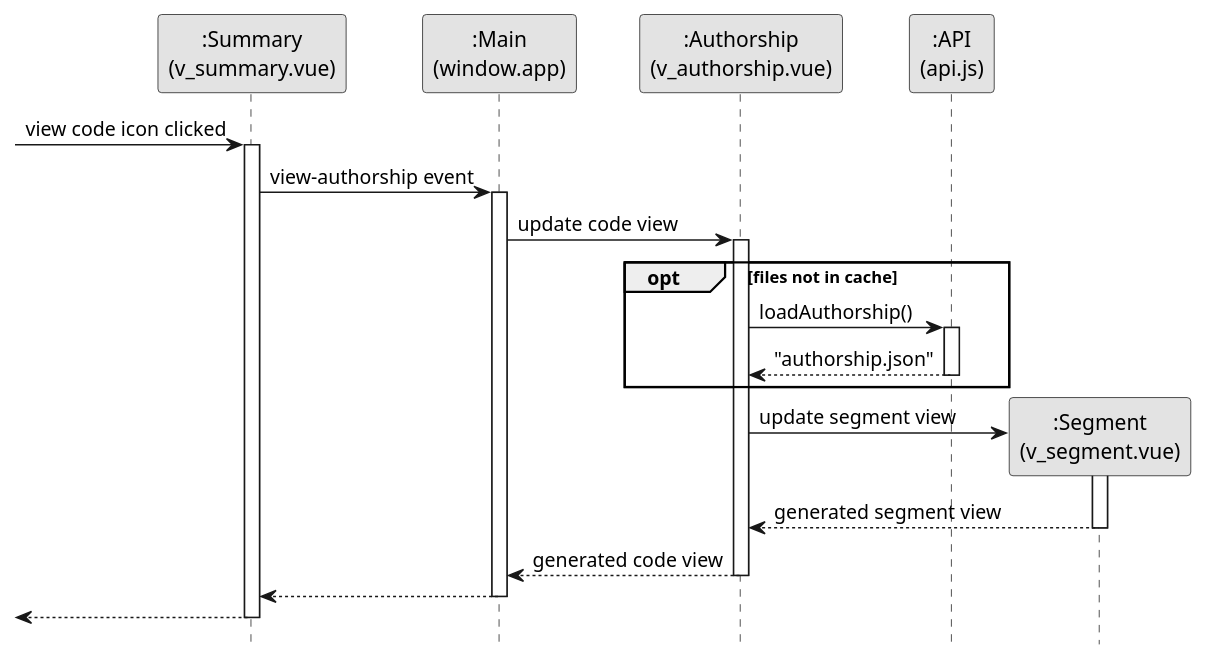
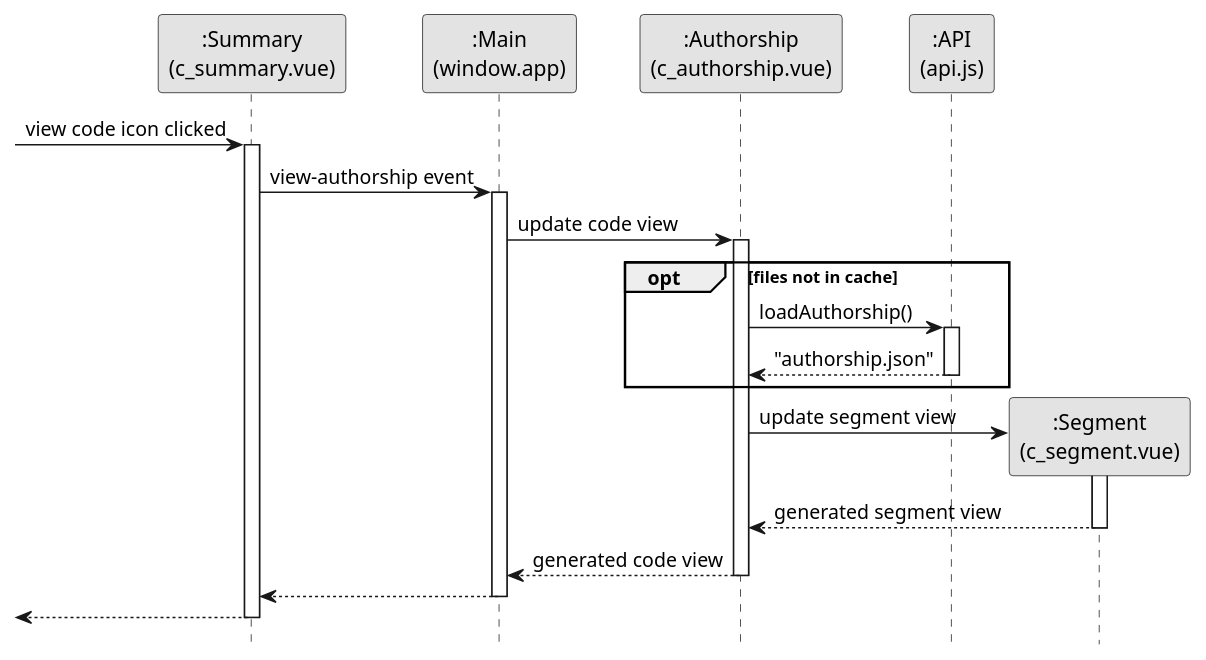
One commit to reposense/RepoSense changed the diagram in docs/diagrams/ReportArchitectureAuthorship.puml. Above: the diagram before and after it, drawn with PlantUML. The commit also changed 17 other files, not shown here.

```diff
--- a/docs/diagrams/ReportArchitectureAuthorship.puml
+++ b/docs/diagrams/ReportArchitectureAuthorship.puml
@@ -1,46 +1,46 @@
 @startuml
 hide footbox
 skinparam monochrome true
 skinparam Shadowing false
 
-Participant ":Summary\n(v_summary.vue)" as summary
+Participant ":Summary\n(c_summary.vue)" as summary
 Participant ":Main\n(window.app)" as main
-Participant ":Authorship\n(v_authorship.vue)" as authorship
+Participant ":Authorship\n(c_authorship.vue)" as authorship
 Participant ":API\n(api.js)" as api
-Participant ":Segment\n(v_segment.vue)" as segment
+Participant ":Segment\n(c_segment.vue)" as segment
 
 -> summary : view code icon clicked
 activate summary
 
 summary -> main : view-authorship event
 activate main
 
 main -> authorship : update code view
 activate authorship
 
 opt files not in cache
 
 authorship -> api : loadAuthorship()
 activate api
 
 api --> authorship: "authorship.json"
 deactivate api
 
 end
 
 create segment
 authorship -> segment : update segment view
 activate segment
 
 segment --> authorship : generated segment view
 deactivate segment
 
 authorship --> main : generated code view
 deactivate authorship
 
 main --> summary
 deactivate main
 
 <-- summary
 deactivate summary
 @enduml
```
